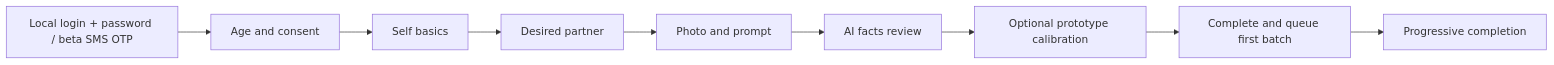
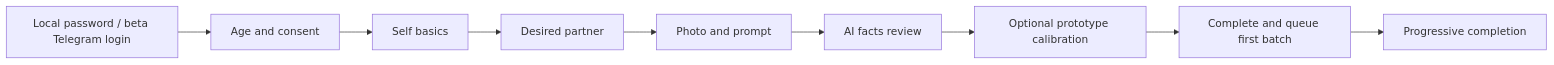
The first of 2 diagrams in docs/architecture/onboarding.md (ek2kk/ai-matchmaker), drawn with Mermaid before and after one commit. The commit also changed other lines of this file and 56 other files, not shown here.

````diff
--- a/docs/architecture/onboarding.md
+++ b/docs/architecture/onboarding.md
@@ -7,11 +7,11 @@
 ```mermaid
 flowchart LR
-    A[Local login + password / beta SMS OTP] --> B[Age and consent]
+    A[Local password / beta Telegram login] --> B[Age and consent]
     B --> C[Self basics]
     C --> D[Desired partner]
     D --> E[Photo and prompt]
     E --> F[AI facts review]
     F --> G[Optional prototype calibration]
     G --> H[Complete and queue first batch]
     H --> I[Progressive completion]
 ```
````
